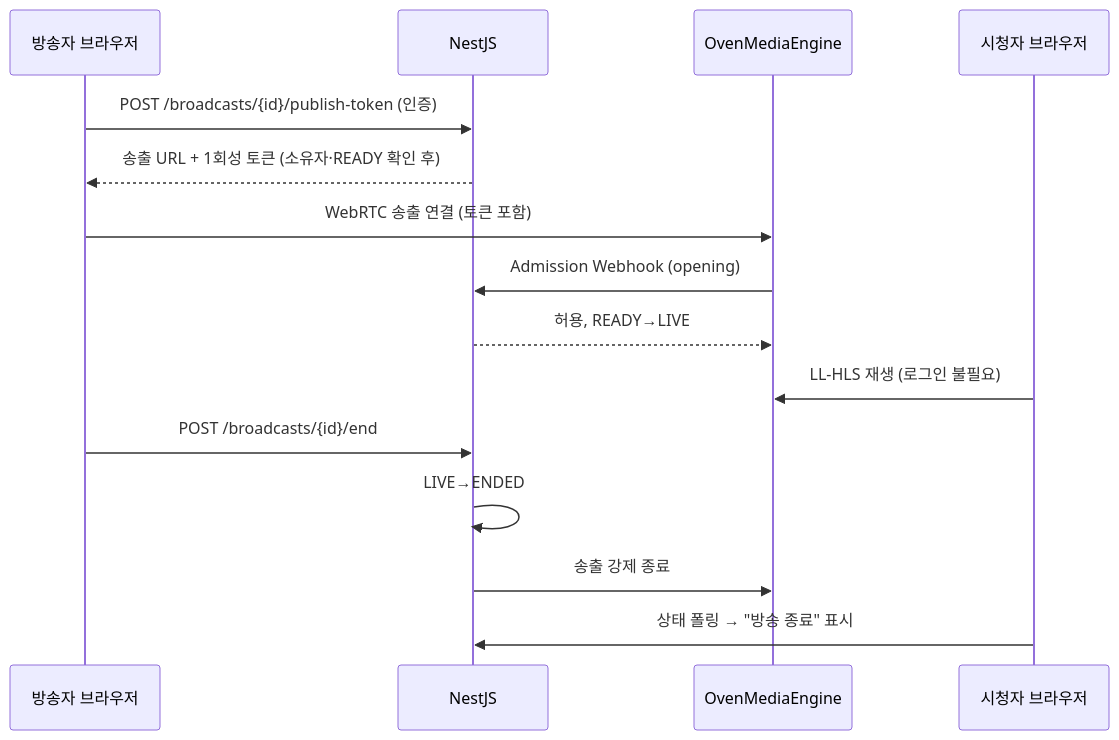
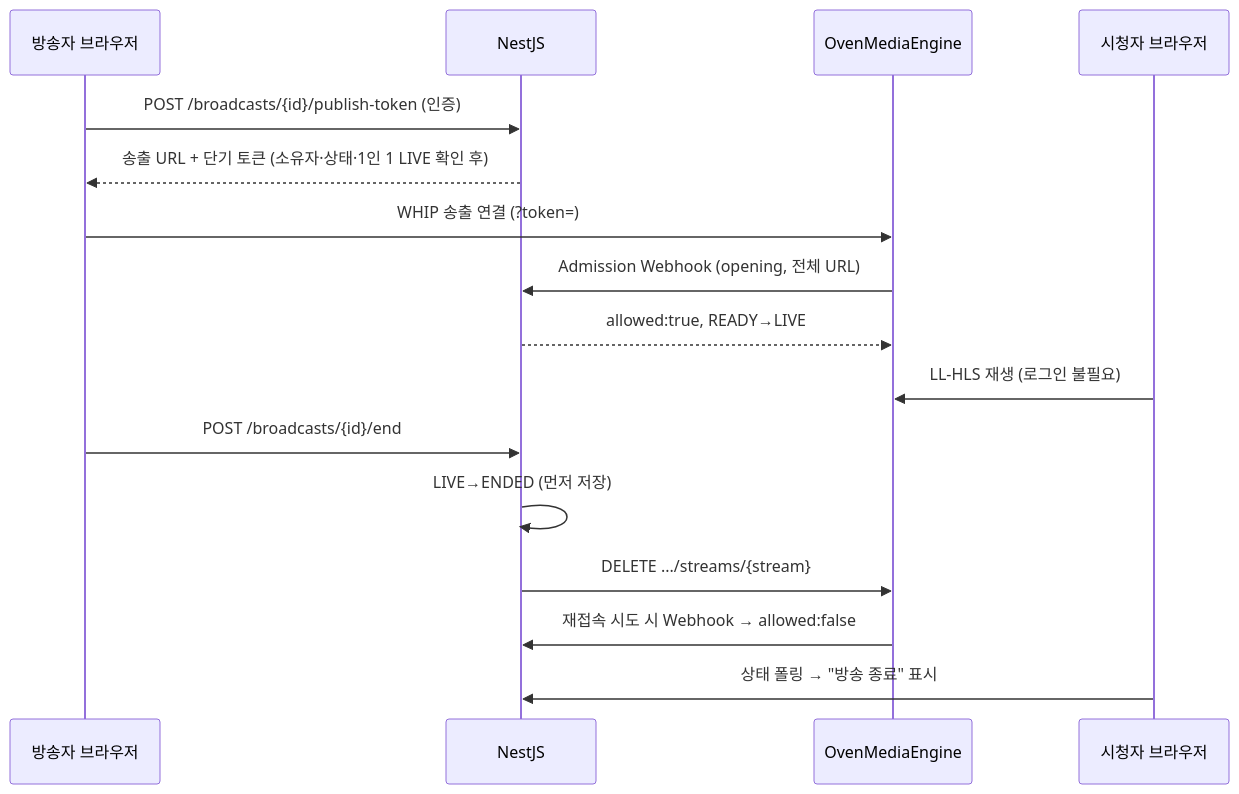
The third of 3 diagrams in docs/PRD.md (hyc7575/live-streaming-platform), drawn with Mermaid before and after one commit. The commit also changed other lines of this file and 3 other files, not shown here.

````diff
--- a/docs/PRD.md
+++ b/docs/PRD.md
@@ -179,17 +189,18 @@
 ```mermaid
 sequenceDiagram
     participant B as 방송자 브라우저
     participant API as NestJS
     participant OME as OvenMediaEngine
     participant V as 시청자 브라우저
     B->>API: POST /broadcasts/{id}/publish-token (인증)
-    API-->>B: 송출 URL + 1회성 토큰 (소유자·READY 확인 후)
-    B->>OME: WebRTC 송출 연결 (토큰 포함)
-    OME->>API: Admission Webhook (opening)
-    API-->>OME: 허용, READY→LIVE
+    API-->>B: 송출 URL + 단기 토큰 (소유자·상태·1인 1 LIVE 확인 후)
+    B->>OME: WHIP 송출 연결 (?token=)
+    OME->>API: Admission Webhook (opening, 전체 URL)
+    API-->>OME: allowed:true, READY→LIVE
     V->>OME: LL-HLS 재생 (로그인 불필요)
     B->>API: POST /broadcasts/{id}/end
-    API->>API: LIVE→ENDED
-    API->>OME: 송출 강제 종료
+    API->>API: LIVE→ENDED (먼저 저장)
+    API->>OME: DELETE .../streams/{stream}
+    OME->>API: 재접속 시도 시 Webhook → allowed:false
     V->>API: 상태 폴링 → "방송 종료" 표시
 ```
````
